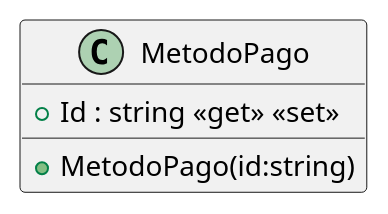
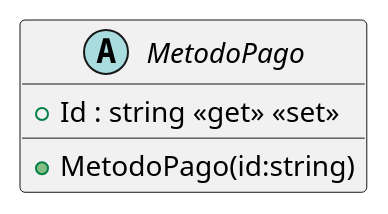
One commit to ISII2627LosElnes/ISII2627LosElnes changed the diagram in src/AppForSEII.API/ClassDiagram/MetodoPago.puml. Above: the diagram before and after it, drawn with PlantUML. The commit also changed 10 other files, not shown here.

```diff
--- a/src/AppForSEII.API/ClassDiagram/MetodoPago.puml
+++ b/src/AppForSEII.API/ClassDiagram/MetodoPago.puml
@@ -1,6 +1,6 @@
 @startuml
-class MetodoPago {
+abstract class MetodoPago {
     + MetodoPago(id:string)
     + Id : string <<get>> <<set>>
 }
 @enduml
```
